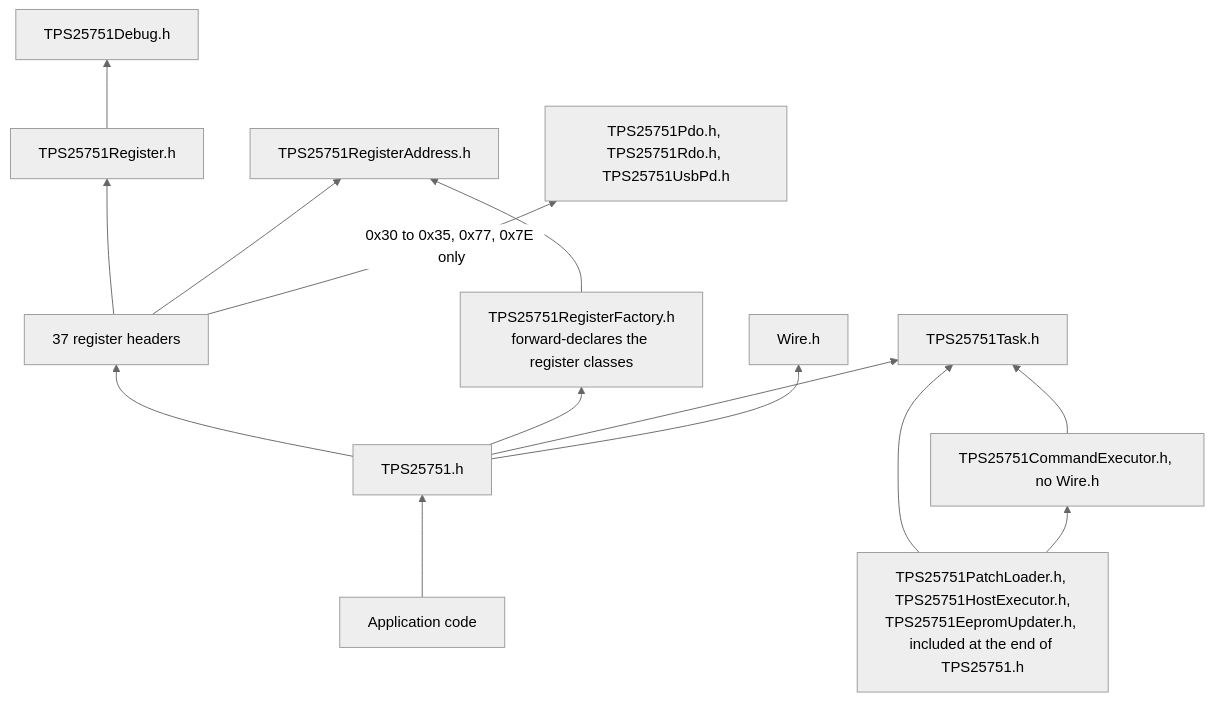
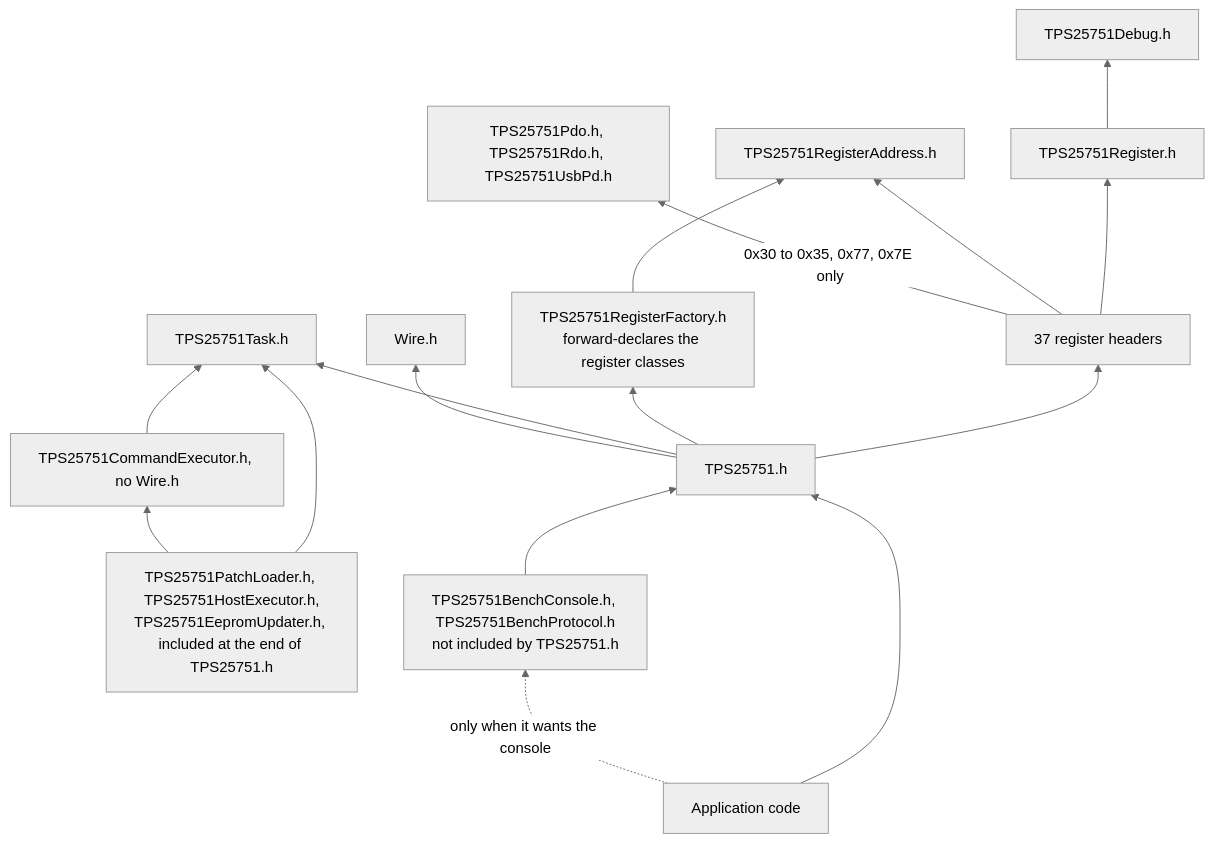
Before and after one commit to forrestrae/TPS25751: the ninth of 9 diagrams in docs/engineering/ARCHITECTURE.md, drawn with Mermaid (neutral theme). The commit also changed other lines of this file and 5 other files, not shown here.

First line of the commit message:
docs: describe the bench console, its server, and its test target

````diff
--- a/docs/engineering/ARCHITECTURE.md
+++ b/docs/engineering/ARCHITECTURE.md
@@ -511,16 +533,18 @@
 ```mermaid
 flowchart BT
     Reg["TPS25751Register.h"] --> Dbg["TPS25751Debug.h"]
     Regs["37 register headers"] --> Reg
     Regs --> Addr["TPS25751RegisterAddress.h"]
     Regs -- "0x30 to 0x35, 0x77, 0x7E only" --> Pdo["TPS25751Pdo.h, TPS25751Rdo.h, TPS25751UsbPd.h"]
     Fac["TPS25751RegisterFactory.h<br/>forward-declares the register classes"] --> Addr
     Main["TPS25751.h"] --> Regs
     Main --> Fac
     Main --> Task["TPS25751Task.h"]
     Main --> Wire["Wire.h"]
     Seqs["TPS25751PatchLoader.h, TPS25751HostExecutor.h,<br/>TPS25751EepromUpdater.h, included at the end of TPS25751.h"] --> Task
     Exe["TPS25751CommandExecutor.h, no Wire.h"] --> Task
     Seqs --> Exe
     App["Application code"] --> Main
+    Bench["TPS25751BenchConsole.h, TPS25751BenchProtocol.h<br/>not included by TPS25751.h"] --> Main
+    App -. "only when it wants the console" .-> Bench
 ```
````
